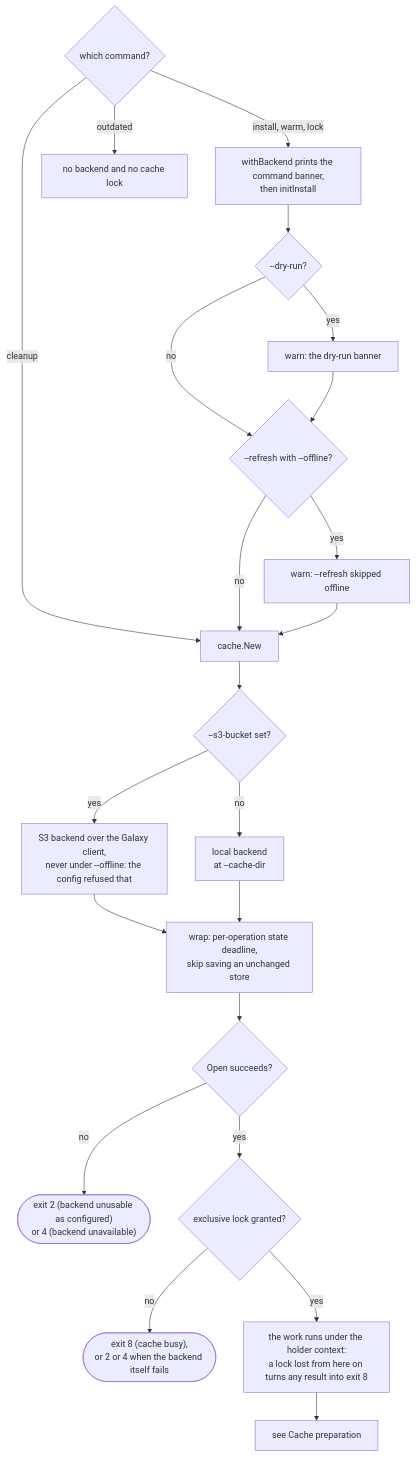
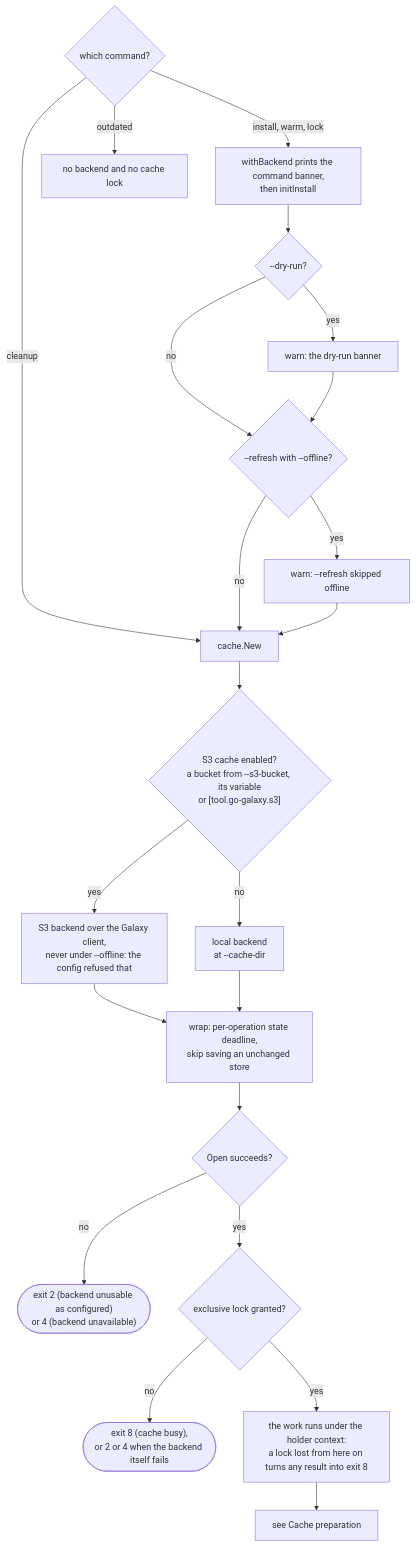
One commit to greeddj/go-galaxy changed the seventh of 49 diagrams in docs/commands.md. Above: the diagram before and after it, drawn with Mermaid. The commit also changed other lines of this file and 42 other files, not shown here.

````diff
--- a/docs/commands.md
+++ b/docs/commands.md
@@ -285,24 +310,24 @@
 ```mermaid
 flowchart TD
   B1{"which command?"} -->|"install, warm, lock"| B2["withBackend prints the command banner,<br/>then initInstall"]
   B1 -->|"cleanup"| B7
   B1 -->|"outdated"| B0["no backend and no cache lock"]
   B2 --> B3{"--dry-run?"}
   B3 -->|"yes"| B4["warn: the dry-run banner"]
   B3 -->|"no"| B5
   B4 --> B5{"--refresh with --offline?"}
   B5 -->|"yes"| B6["warn: --refresh skipped offline"]
   B5 -->|"no"| B7
   B6 --> B7["cache.New"]
-  B7 --> B8{"--s3-bucket set?"}
+  B7 --> B8{"S3 cache enabled?<br/>a bucket from --s3-bucket, its variable<br/>or [tool.go-galaxy.s3]"}
   B8 -->|"yes"| B9["S3 backend over the Galaxy client,<br/>never under --offline: the config refused that"]
   B8 -->|"no"| B10["local backend<br/>at --cache-dir"]
   B9 --> B11
   B10 --> B11["wrap: per-operation state deadline,<br/>skip saving an unchanged store"]
   B11 --> B12{"Open succeeds?"}
   B12 -->|"no"| XB1(["exit 2 (backend unusable as configured)<br/>or 4 (backend unavailable)"])
   B12 -->|"yes"| B13{"exclusive lock granted?"}
   B13 -->|"no"| XB2(["exit 8 (cache busy),<br/>or 2 or 4 when the backend itself fails"])
   B13 -->|"yes"| B14["the work runs under the holder context:<br/>a lock lost from here on turns any result into exit 8"]
   B14 --> B15["see Cache preparation"]
 ```
````
